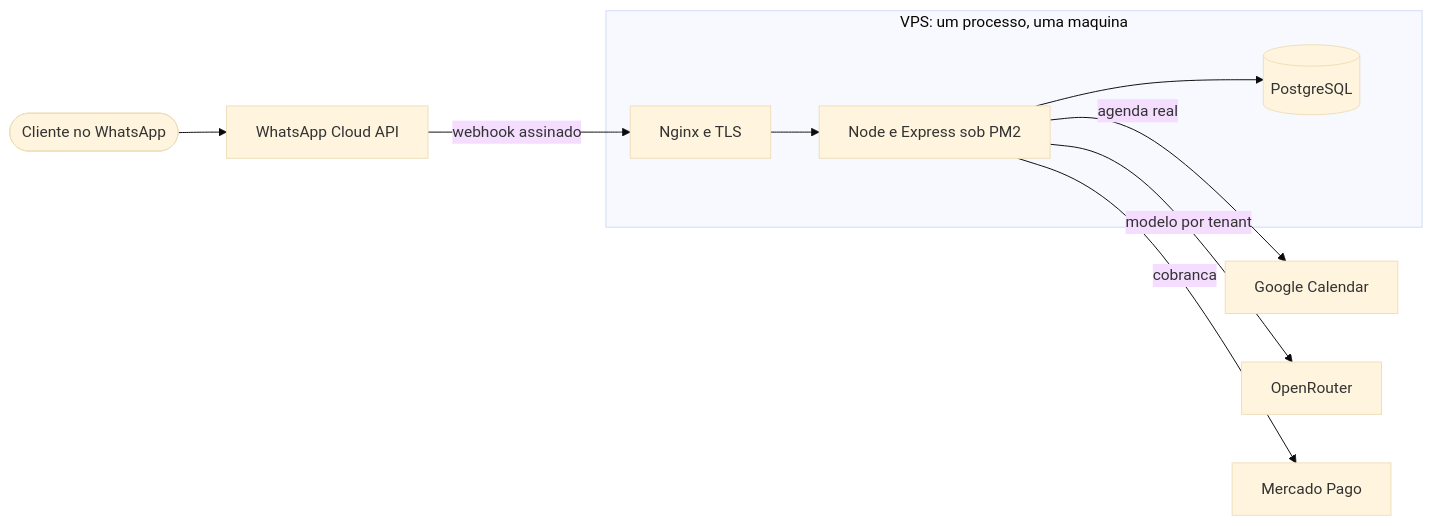
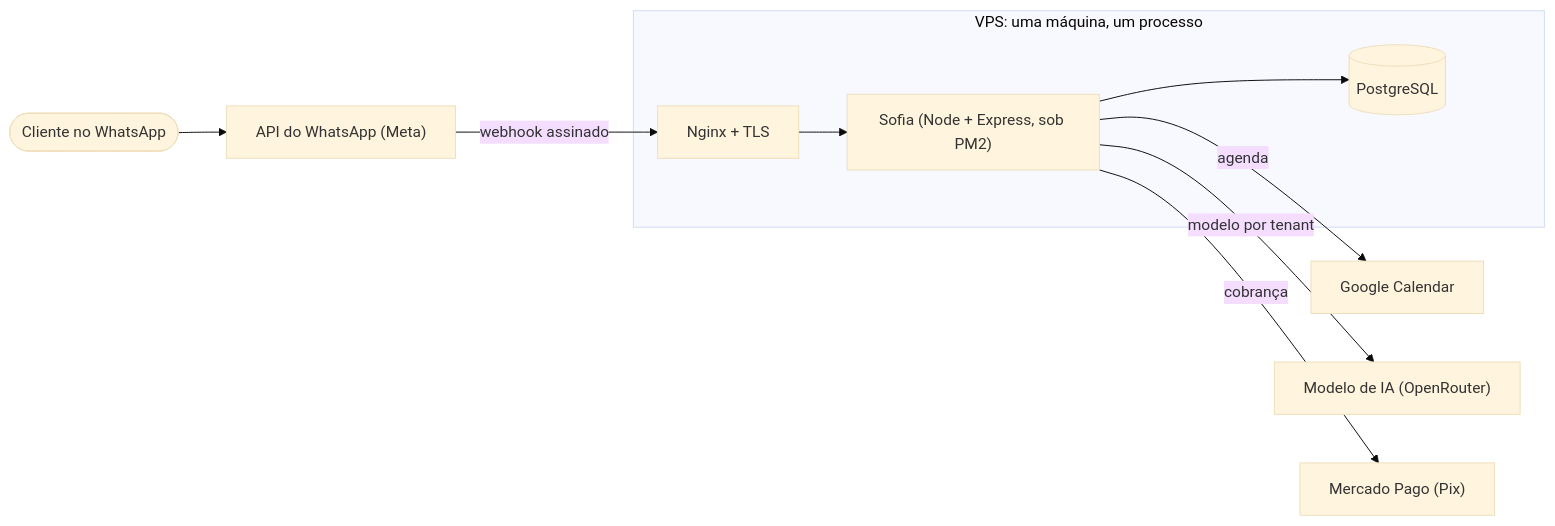
The first of 4 diagrams in README.md (andrenv14/sofia-vitrine), drawn with Mermaid (base theme) before and after one commit. The commit also changed other lines of this file, not shown here.

````diff
--- a/README.md
+++ b/README.md
@@ -39,12 +40,12 @@
 ```mermaid
 flowchart LR
-    CLIENTE([Cliente no WhatsApp]) --> META[WhatsApp Cloud API]
-    META -->|webhook assinado| NGINX[Nginx e TLS]
-    subgraph VPS[VPS: um processo, uma maquina]
-        NGINX --> APP[Node e Express sob PM2]
-        APP --> PG[(PostgreSQL)]
+    CLIENTE(["Cliente no WhatsApp"]) --> META["API do WhatsApp (Meta)"]
+    META -->|"webhook assinado"| NGINX["Nginx + TLS"]
+    subgraph VPS["VPS: uma máquina, um processo"]
+        NGINX --> APP["Sofia (Node + Express, sob PM2)"]
+        APP --> PG[("PostgreSQL")]
     end
-    APP -->|agenda real| GCAL[Google Calendar]
-    APP -->|modelo por tenant| LLM[OpenRouter]
-    APP -->|cobranca| PIX[Mercado Pago]
+    APP -->|"agenda"| GCAL["Google Calendar"]
+    APP -->|"modelo por tenant"| LLM["Modelo de IA (OpenRouter)"]
+    APP -->|"cobrança"| PIX["Mercado Pago (Pix)"]
 ```
````
